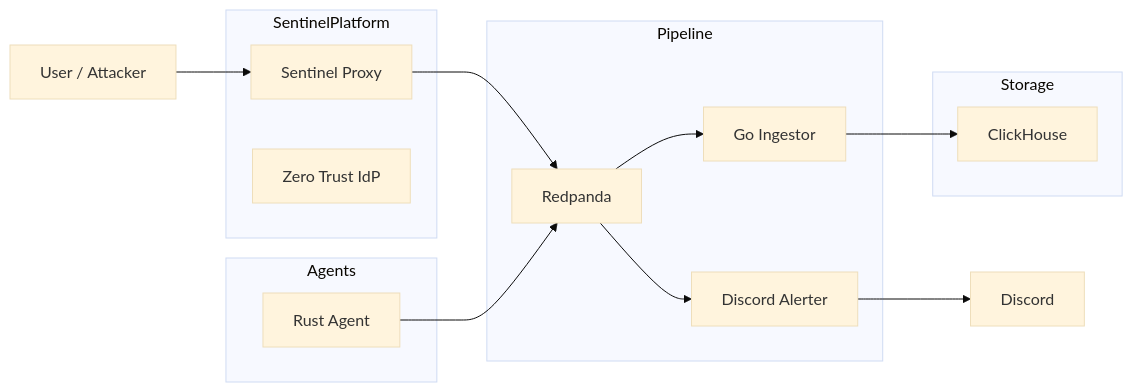
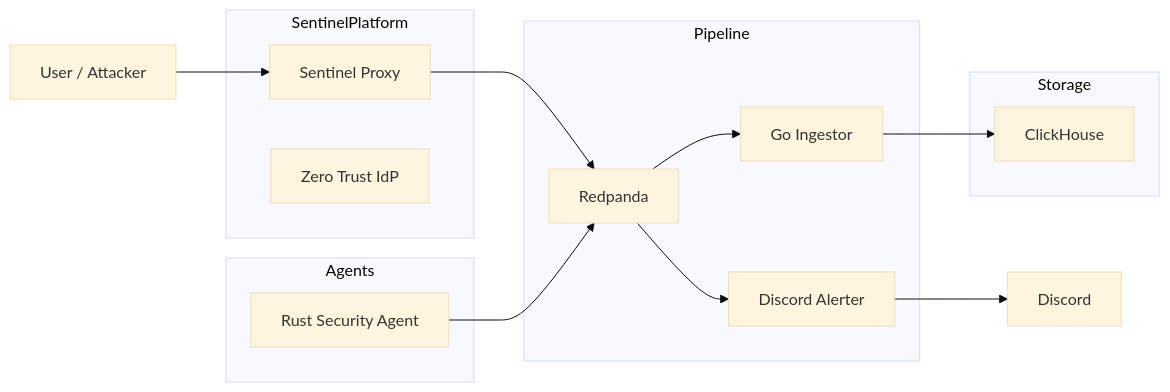
One commit to blacAxe/lumenlog changed the diagram in README.md. Above: the diagram before and after it, drawn with Mermaid (base theme). The commit also changed other lines of this file and 6 other files, not shown here.

````diff
--- a/README.md
+++ b/README.md
@@ -48,34 +50,34 @@
 ```mermaid
 flowchart LR
 
     User["User / Attacker"]
 
     subgraph SentinelPlatform
         Proxy["Sentinel Proxy"]
         IdP["Zero Trust IdP"]
     end
 
     subgraph Pipeline
         Broker["Redpanda"]
         Ingestor["Go Ingestor"]
         Alerter["Discord Alerter"]
     end
 
     subgraph Storage
         ClickHouse["ClickHouse"]
     end
 
     subgraph Agents
-        RustAgent["Rust Agent"]
+        RustAgent["Rust Security Agent"]
     end
 
     User --> Proxy
     Proxy --> Broker
     RustAgent --> Broker
 
     Broker --> Ingestor
     Broker --> Alerter
 
     Ingestor --> ClickHouse
     Alerter --> Discord
 ```
````
